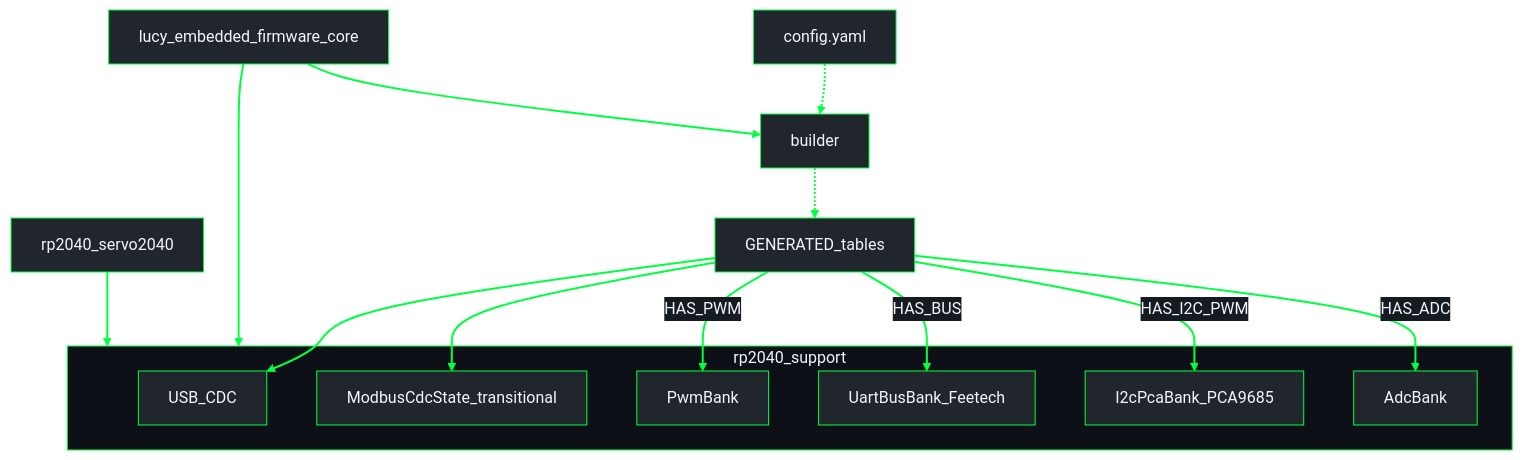
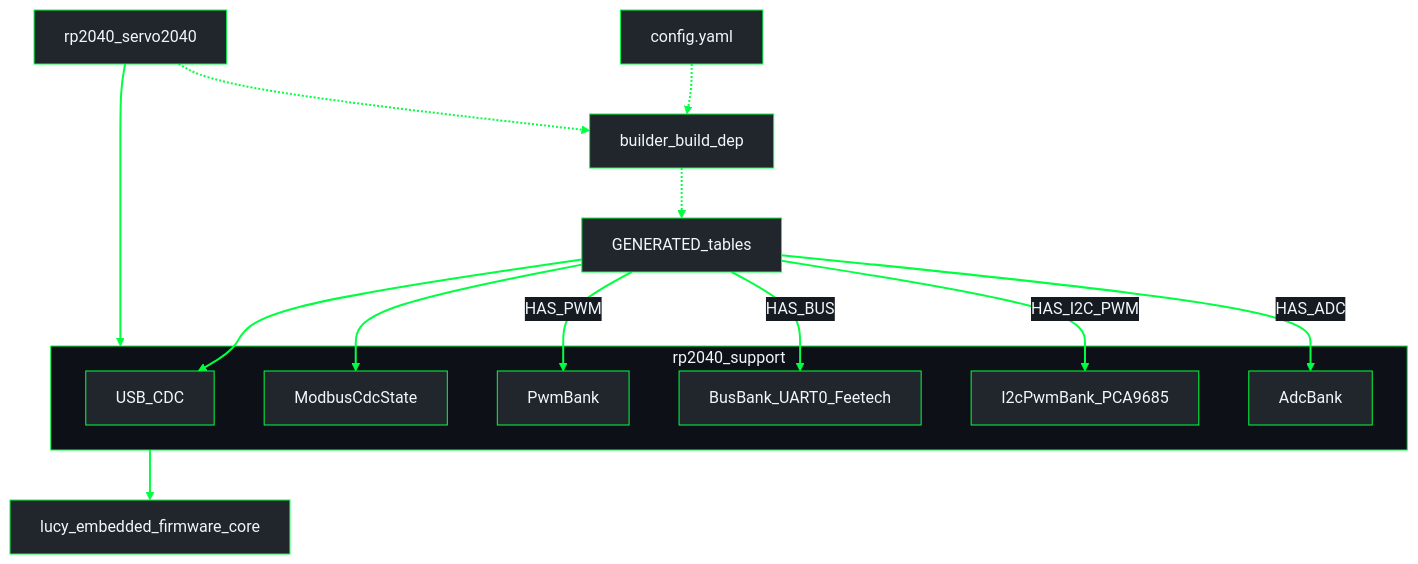
One commit to Lucy-Robotics/lucy_embedded_firmware changed the third of 4 diagrams in docs/architecture/firmware.md. Above: the diagram before and after it, drawn with Mermaid. The commit also changed other lines of this file and 1 other file, not shown here.

Commit message:
evol(architecture): document current Modbus path vs WIP f64 SHM

````diff
--- a/docs/architecture/firmware.md
+++ b/docs/architecture/firmware.md
@@ -47,25 +72,25 @@
 ```mermaid
 %%{init: {"theme": "base", "themeVariables": {"darkMode": true, "background": "#0d1117", "mainBkg": "#21262d", "primaryColor": "#21262d", "primaryTextColor": "#f0f6fc", "primaryBorderColor": "#00FF41", "secondaryColor": "#161b22", "secondaryTextColor": "#f0f6fc", "secondaryBorderColor": "#00FF41", "tertiaryColor": "#161b22", "tertiaryTextColor": "#f0f6fc", "tertiaryBorderColor": "#00FF41", "lineColor": "#00FF41", "textColor": "#f0f6fc", "nodeTextColor": "#f0f6fc", "edgeLabelBackground": "#161b22", "clusterBkg": "#0d1117", "clusterBorder": "#00FF41", "titleColor": "#f0f6fc"}}}%%
 flowchart TB
-  YAML["config.yaml"] -.-> Builder["builder"]
+  YAML["config.yaml"] -.-> Builder["builder_build_dep"]
   Builder -.-> Cfg["GENERATED_tables"]
   subgraph support ["rp2040_support"]
     USB["USB_CDC"]
-    Modbus["ModbusCdcState_transitional"]
+    Modbus["ModbusCdcState"]
     PWM["PwmBank"]
-    UartBus["UartBusBank_Feetech"]
-    I2C["I2cPcaBank_PCA9685"]
+    UartBus["BusBank_UART0_Feetech"]
+    I2C["I2cPwmBank_PCA9685"]
     ADC["AdcBank"]
   end
   Cfg --> USB
   Cfg --> Modbus
   Cfg -->|"HAS_PWM"| PWM
   Cfg -->|"HAS_BUS"| UartBus
   Cfg -->|"HAS_I2C_PWM"| I2C
   Cfg -->|"HAS_ADC"| ADC
   Core["lucy_embedded_firmware_core"]
-  Core --> Builder
-  Core --> support
+  support --> Core
   S2040["rp2040_servo2040"] --> support
+  S2040 -.-> Builder
   linkStyle default stroke:#00FF41,stroke-width:2px
 ```
````
